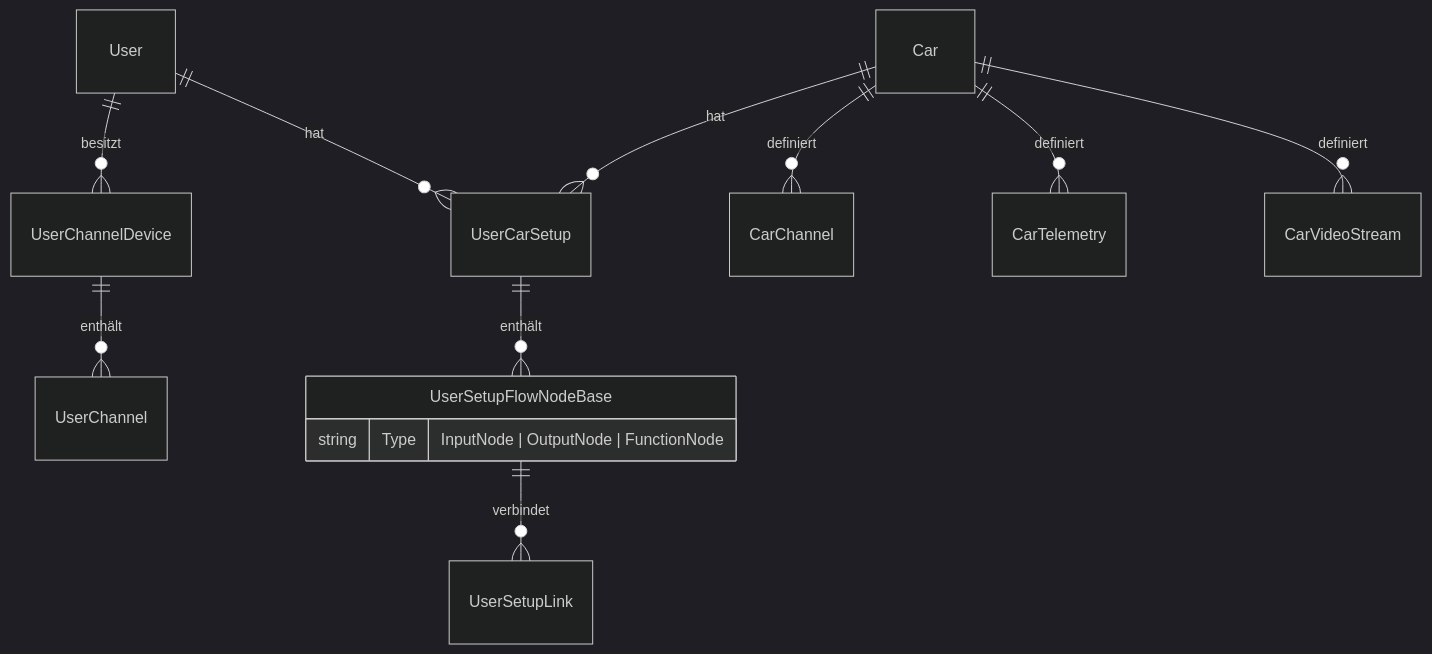
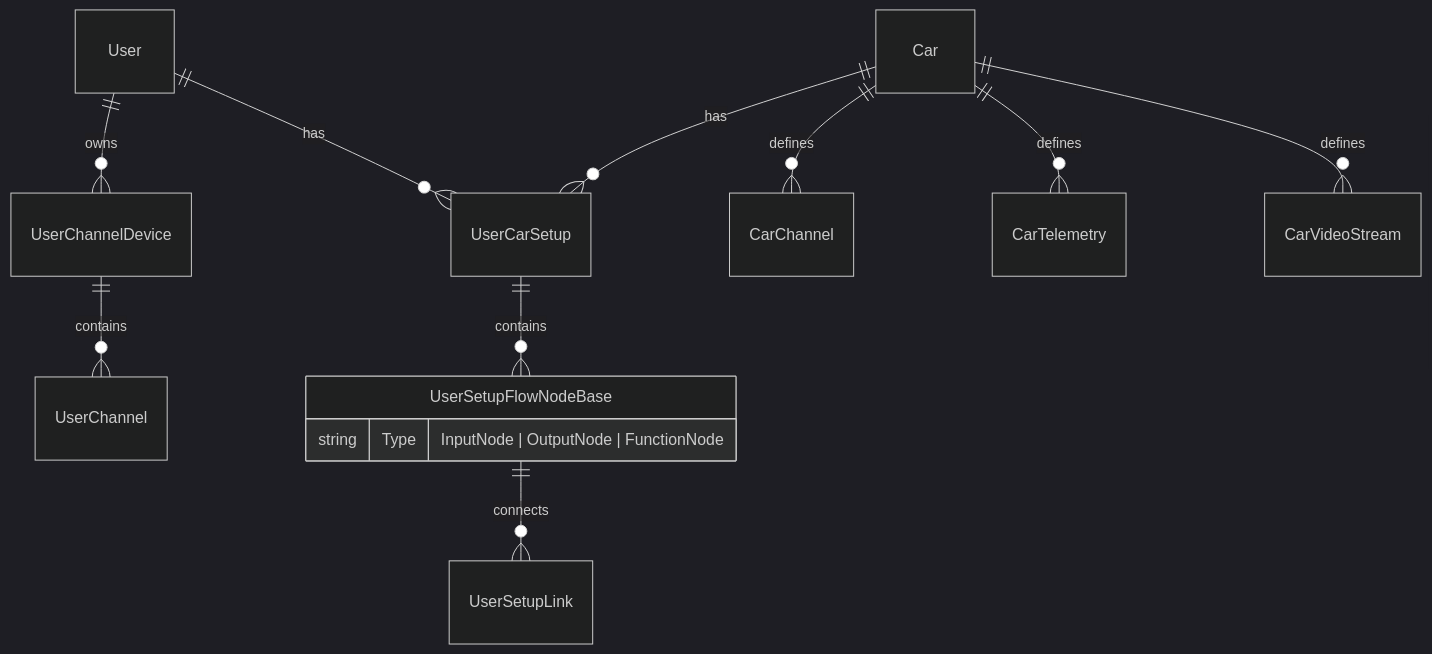
Before and after one commit to atomroflman/LteCar: the sixth of 6 diagrams in Docs/Architecture.md, drawn with Mermaid (dark theme). The commit also changed other lines of this file and 10 other files, not shown here.

````diff
--- a/Docs/Architecture.md
+++ b/Docs/Architecture.md
@@ -238,18 +238,18 @@
 ```mermaid
 erDiagram
-    User ||--o{ UserCarSetup : hat
-    User ||--o{ UserChannelDevice : besitzt
-    UserChannelDevice ||--o{ UserChannel : enthält
+    User ||--o{ UserCarSetup : has
+    User ||--o{ UserChannelDevice : owns
+    UserChannelDevice ||--o{ UserChannel : contains
 
-    Car ||--o{ UserCarSetup : hat
-    Car ||--o{ CarChannel : definiert
-    Car ||--o{ CarTelemetry : definiert
-    Car ||--o{ CarVideoStream : definiert
+    Car ||--o{ UserCarSetup : has
+    Car ||--o{ CarChannel : defines
+    Car ||--o{ CarTelemetry : defines
+    Car ||--o{ CarVideoStream : defines
 
-    UserCarSetup ||--o{ UserSetupFlowNodeBase : enthält
-    UserSetupFlowNodeBase ||--o{ UserSetupLink : verbindet
+    UserCarSetup ||--o{ UserSetupFlowNodeBase : contains
+    UserSetupFlowNodeBase ||--o{ UserSetupLink : connects
 
     UserSetupFlowNodeBase {
         string Type "InputNode | OutputNode | FunctionNode"
     }
 ```
````
